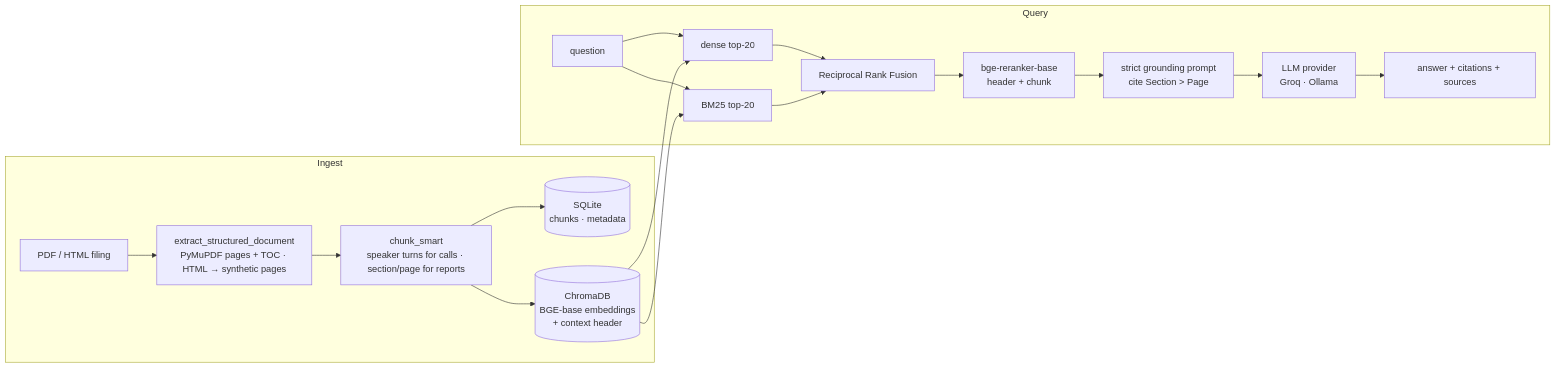
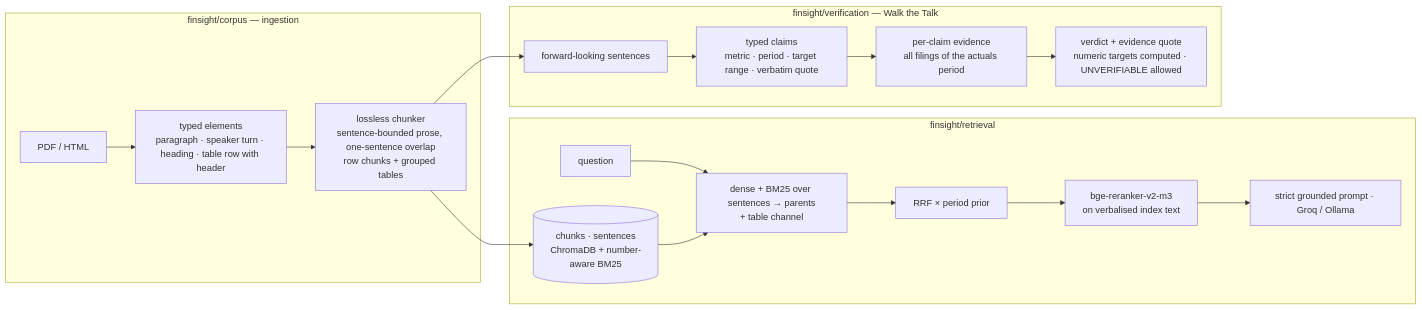
One commit to BhavyaPatel19/Finsight2.0 changed the diagram in README.md. Above: the diagram before and after it, drawn with Mermaid. The commit also changed other lines of this file, not shown here.

Commit message:
docs: README for the redesign branch — audit findings, v2 architecture, PDF-path numbers, reproduction

````diff
--- a/README.md
+++ b/README.md
@@ -54,20 +45,21 @@
 ```mermaid
 flowchart LR
-  subgraph Ingest
-    A[PDF / HTML filing] --> B[extract_structured_document<br/>PyMuPDF pages + TOC · HTML → synthetic pages]
-    B --> C[chunk_smart<br/>speaker turns for calls · section/page for reports]
-    C --> D[(SQLite<br/>chunks · metadata)]
-    C --> E[(ChromaDB<br/>BGE-base embeddings<br/>+ context header)]
+  subgraph corpus [finsight/corpus — ingestion]
+    A[PDF / HTML] --> B[typed elements<br/>paragraph · speaker turn · heading · table row with header]
+    B --> C[lossless chunker<br/>sentence-bounded prose, one-sentence overlap<br/>row chunks + grouped tables]
   end
-  subgraph Query
-    Q[question] --> R1[dense top-20]
-    Q --> R2[BM25 top-20]
-    R1 & R2 --> F[Reciprocal Rank Fusion]
-    F --> RR[bge-reranker-base<br/>header + chunk]
-    RR --> P[strict grounding prompt<br/>cite Section > Page]
-    P --> L[LLM provider<br/>Groq · Ollama]
-    L --> ANS[answer + citations + sources]
+  subgraph retrieval [finsight/retrieval]
+    C --> D[(chunks · sentences<br/>ChromaDB + number-aware BM25)]
+    Q[question] --> E[dense + BM25 over sentences → parents<br/>+ table channel]
+    D --> E
+    E --> F[RRF × period prior]
+    F --> G[bge-reranker-v2-m3<br/>on verbalised index text]
+    G --> H[strict grounded prompt · Groq / Ollama]
   end
-  E --> R1
-  E --> R2
+  subgraph verification [finsight/verification — Walk the Talk]
+    C --> I[forward-looking sentences]
+    I --> J[typed claims<br/>metric · period · target range · verbatim quote]
+    J --> K[per-claim evidence<br/>all filings of the actuals period]
+    K --> L[verdict + evidence quote<br/>numeric targets computed · UNVERIFIABLE allowed]
+  end
 ```
````
